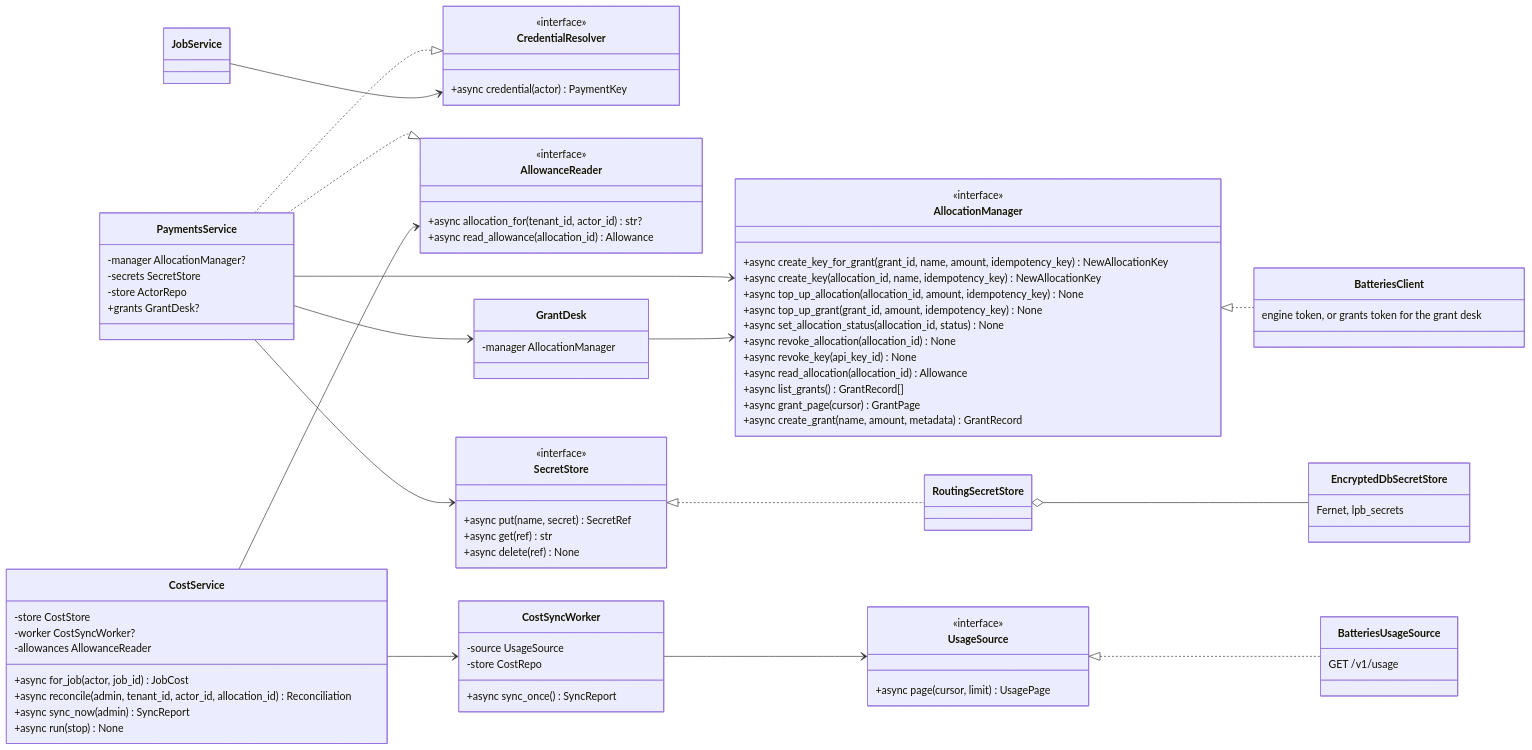
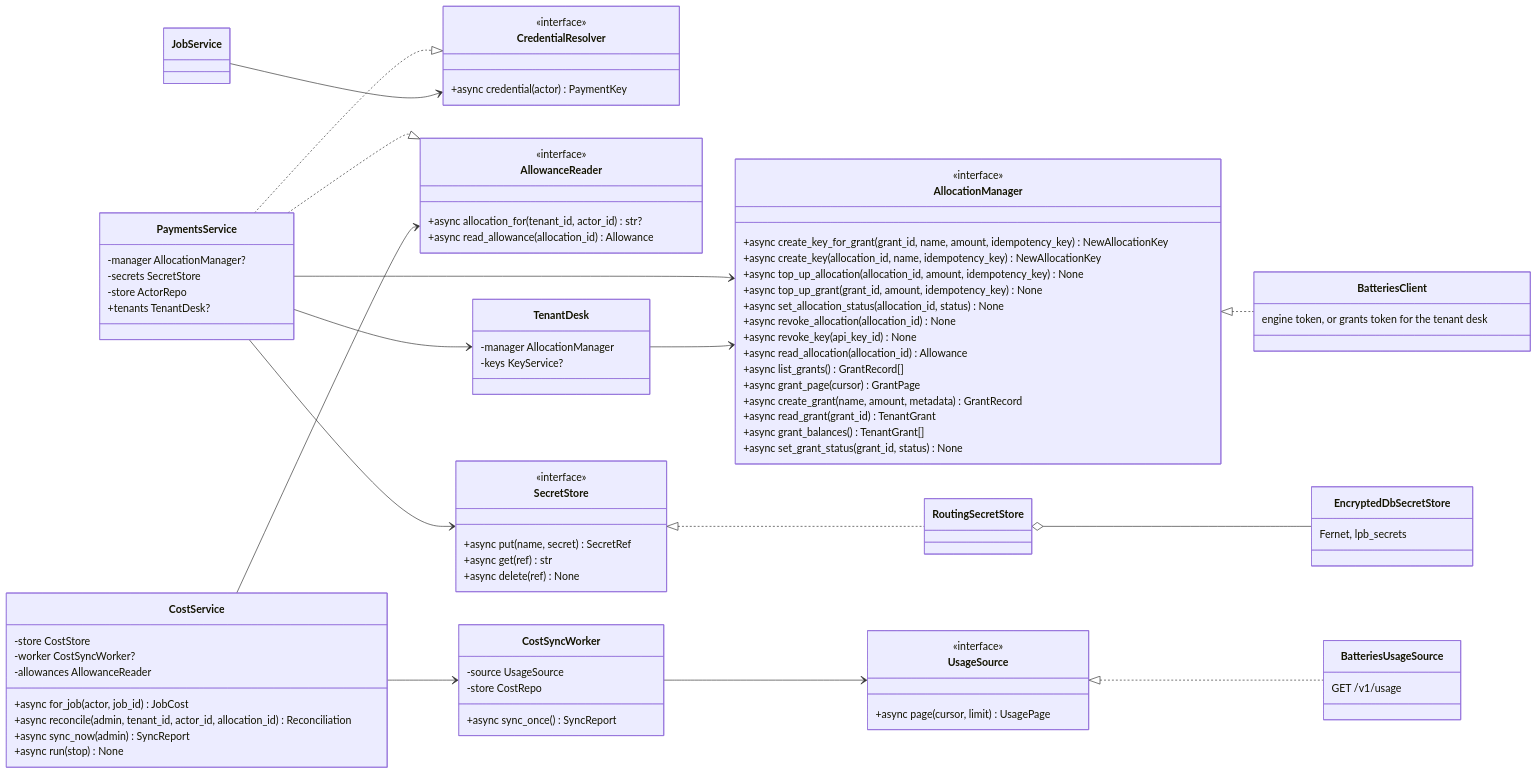
The fifth of 16 diagrams in docs/design-docs/interfaces-and-http-servers.md (NE-Build-Track/livepeer-builder-core), drawn with Mermaid before and after one commit. The commit also changed other lines of this file and 10 other files, not shown here.

First line of the commit message:
docs: the documents that name the tenant routes, and what the tenant desk needs of Batteries (#165)

```diff
--- a/docs/design-docs/interfaces-and-http-servers.md
+++ b/docs/design-docs/interfaces-and-http-servers.md
@@ -371,6 +373,9 @@
         +async list_grants() GrantRecord[]
         +async grant_page(cursor) GrantPage
         +async create_grant(name, amount, metadata) GrantRecord
+        +async read_grant(grant_id) TenantGrant
+        +async grant_balances() TenantGrant[]
+        +async set_grant_status(grant_id, status) None
     }
     class UsageSource {
         <<interface>>
@@ -386,10 +391,11 @@
         -manager AllocationManager?
         -secrets SecretStore
         -store ActorRepo
-        +grants GrantDesk?
+        +tenants TenantDesk?
     }
-    class GrantDesk {
+    class TenantDesk {
         -manager AllocationManager
+        -keys KeyService?
     }
     class CostService {
         -store CostStore
@@ -406,7 +412,7 @@
         +async sync_once() SyncReport
     }
     class BatteriesClient {
-        engine token, or grants token for the grant desk
+        engine token, or grants token for the tenant desk
     }
     class BatteriesUsageSource {
         GET /v1/usage
@@ -420,8 +426,8 @@
     PaymentsService ..|> AllowanceReader
     PaymentsService --> AllocationManager
     PaymentsService --> SecretStore
-    PaymentsService --> GrantDesk
-    GrantDesk --> AllocationManager
+    PaymentsService --> TenantDesk
+    TenantDesk --> AllocationManager
     CostService --> CostSyncWorker
     CostService --> AllowanceReader
     CostSyncWorker --> UsageSource
```
